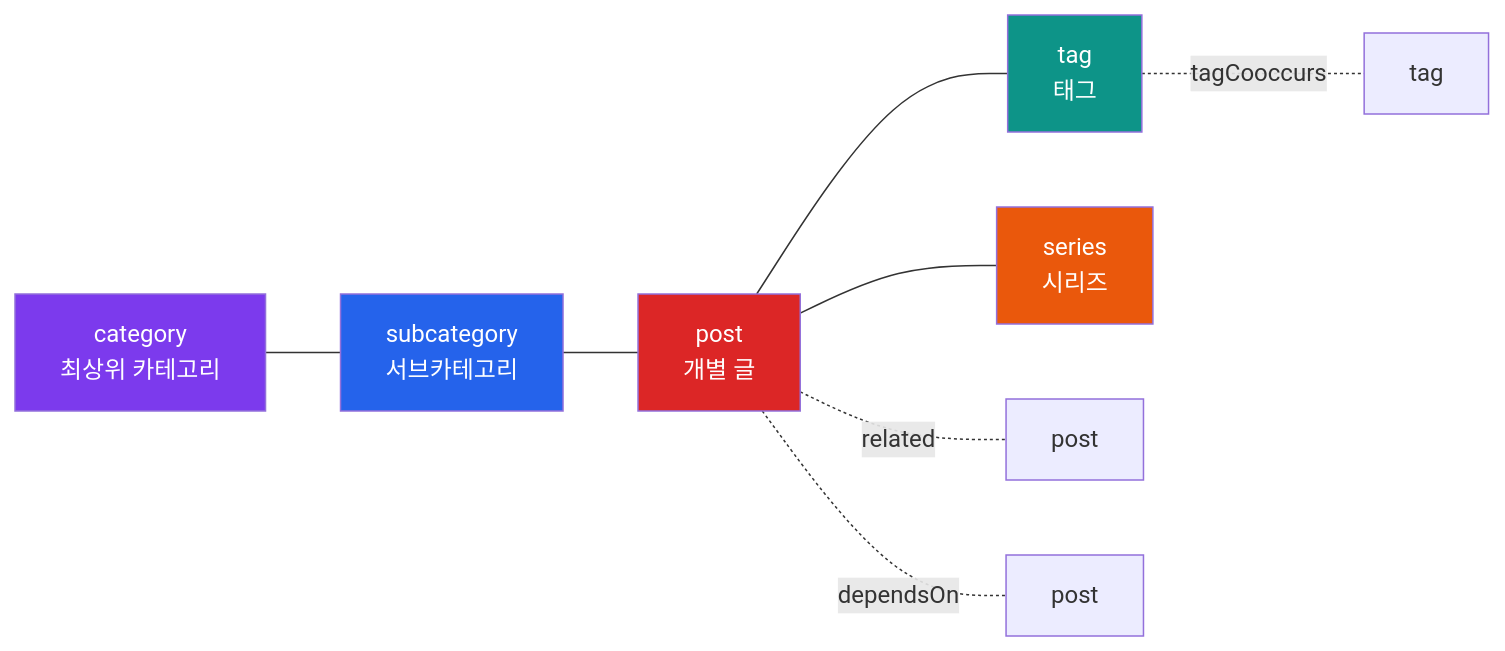
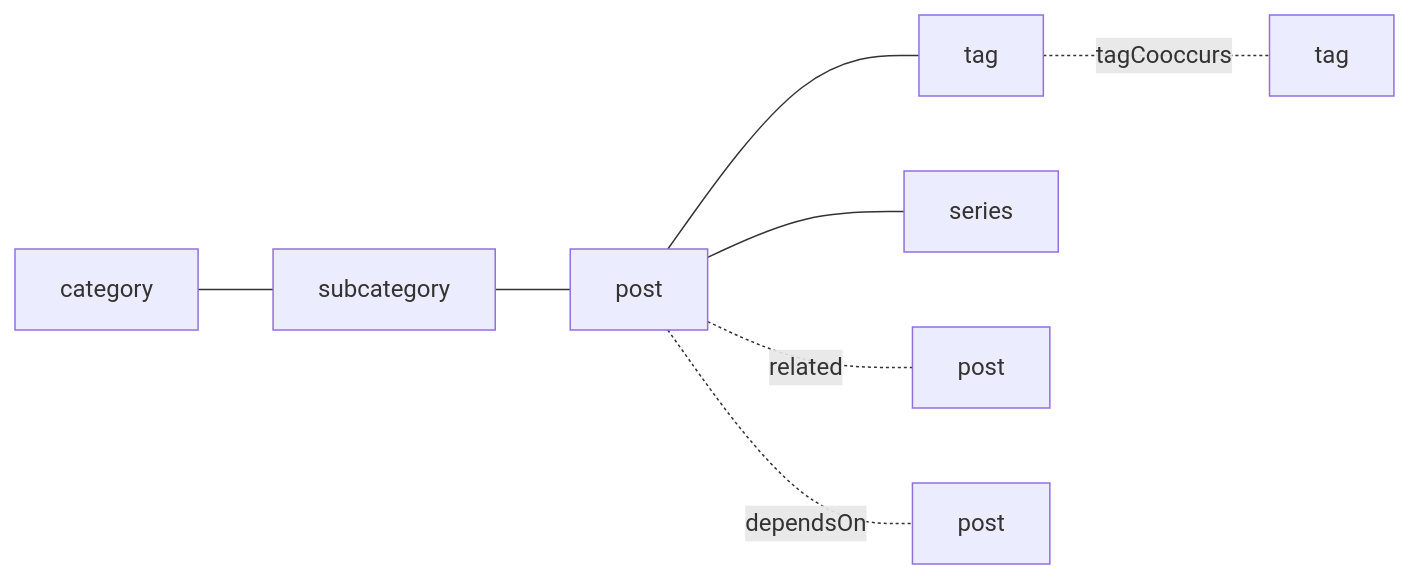
One commit to SonAIengine/sonblog changed the second of 2 diagrams in docs/full-stack/poc/knowledge-graph.md. Above: the diagram before and after it, drawn with Mermaid. The commit also changed 1 other file, not shown here.

Commit message:
style: Mermaid 다이어그램 심플화 — 커스텀 색상 전면 제거 + CLAUDE.md 가이드 추가
- 온톨로지 다이어그램에서 style fill/color 5줄 제거, 노드 텍스트도 간결하게
- CLAUDE.md 다이어그램 섹션에 심플 작성 규칙 추가:
  커스텀 색상 금지, 기본 테마 사용, 짧은 노드 텍스트, LR 기본 방향

````diff
--- a/docs/full-stack/poc/knowledge-graph.md
+++ b/docs/full-stack/poc/knowledge-graph.md
@@ -69,16 +69,10 @@
 ```mermaid
 graph LR
-    CAT["category<br/>최상위 카테고리"] --- SUBCAT["subcategory<br/>서브카테고리"]
-    SUBCAT --- POST["post<br/>개별 글"]
-    POST --- TAG["tag<br/>태그"]
-    POST --- SERIES["series<br/>시리즈"]
-    TAG -.-|"tagCooccurs"| TAG2["tag"]
-    POST -.-|"related"| POST2["post"]
-    POST -.-|"dependsOn"| POST3["post"]
-
-    style CAT fill:#7C3AED,color:white
-    style SUBCAT fill:#2563EB,color:white
-    style POST fill:#DC2626,color:white
-    style TAG fill:#0D9488,color:white
-    style SERIES fill:#EA580C,color:white
+    CAT[category] --- SUBCAT[subcategory]
+    SUBCAT --- POST[post]
+    POST --- TAG[tag]
+    POST --- SERIES[series]
+    TAG -.-|tagCooccurs| TAG2[tag]
+    POST -.-|related| POST2[post]
+    POST -.-|dependsOn| POST3[post]
 ```
````
